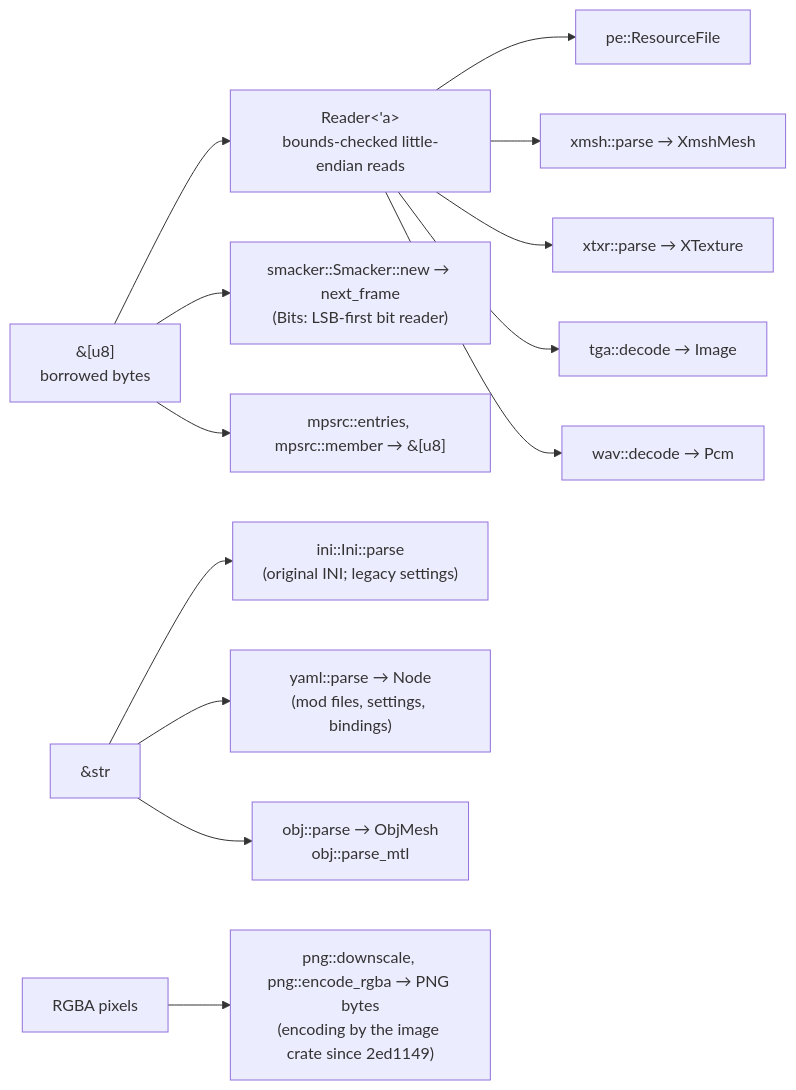
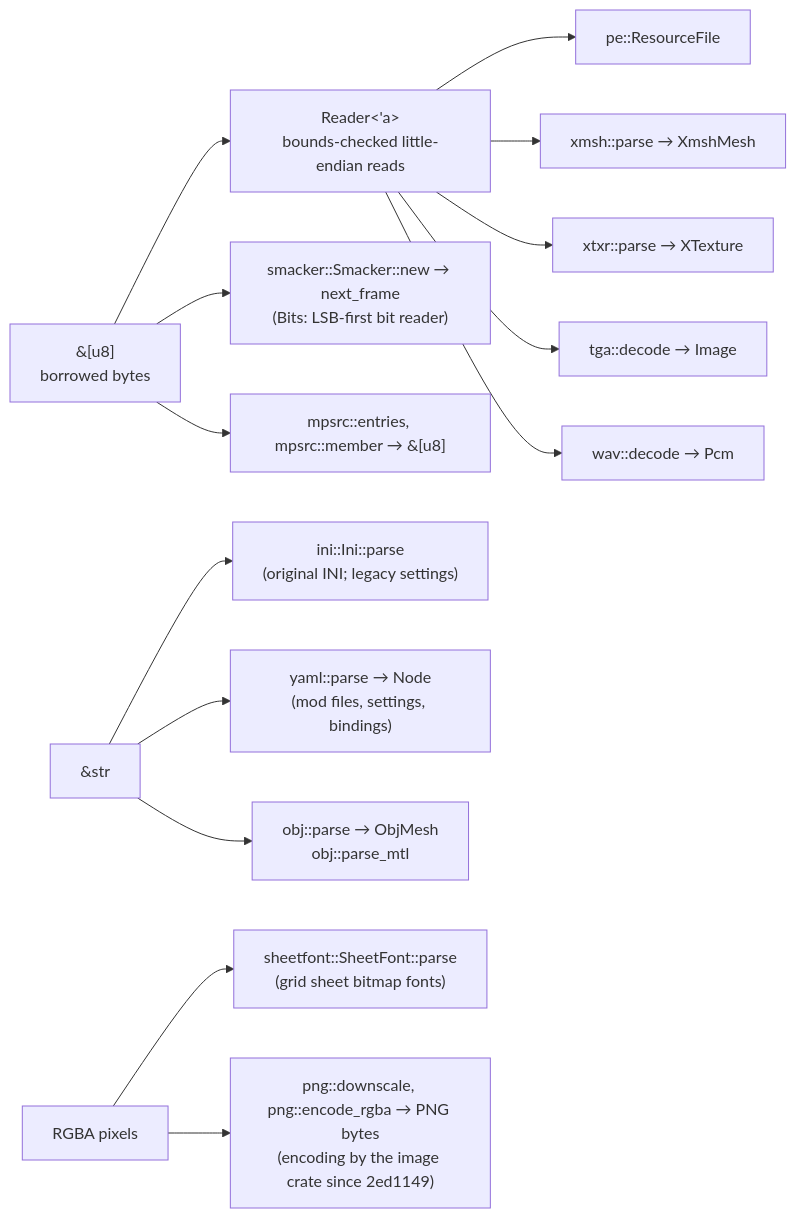
The diagram in docs/implementation/architecture/formats.md (bbogovich/OpenInterceptor), drawn with Mermaid before and after one commit. The commit also changed other lines of this file and 7 other files, not shown here.

First line of the commit message:
Sheet fonts and text anchors on the original screens (app NEXT, #122)

````diff
--- a/docs/implementation/architecture/formats.md
+++ b/docs/implementation/architecture/formats.md
@@ -9,15 +9,16 @@
 ```mermaid
 flowchart LR
     B["&[u8]<br/>borrowed bytes"] --> RD["Reader&lt;'a&gt;<br/>bounds-checked little-endian reads"]
     RD --> PE["pe::ResourceFile"]
     RD --> XM["xmsh::parse → XmshMesh"]
     RD --> XT["xtxr::parse → XTexture"]
     RD --> TG["tga::decode → Image"]
     RD --> WV["wav::decode → Pcm"]
     B --> SMK["smacker::Smacker::new → next_frame<br/>(Bits: LSB-first bit reader)"]
     B --> MPS["mpsrc::entries, mpsrc::member → &[u8]"]
     TXT["&str"] --> INI["ini::Ini::parse<br/>(original INI; legacy settings)"]
     TXT --> YML["yaml::parse → Node<br/>(mod files, settings, bindings)"]
     TXT --> OBJ["obj::parse → ObjMesh<br/>obj::parse_mtl"]
-    RGBA["RGBA pixels"] --> PNG["png::downscale, png::encode_rgba → PNG bytes<br/>(encoding by the image crate since 2ed1149)"]
+    RGBA["RGBA pixels"] --> SF["sheetfont::SheetFont::parse<br/>(grid sheet bitmap fonts)"]
+    RGBA --> PNG["png::downscale, png::encode_rgba → PNG bytes<br/>(encoding by the image crate since 2ed1149)"]
 ```
````
